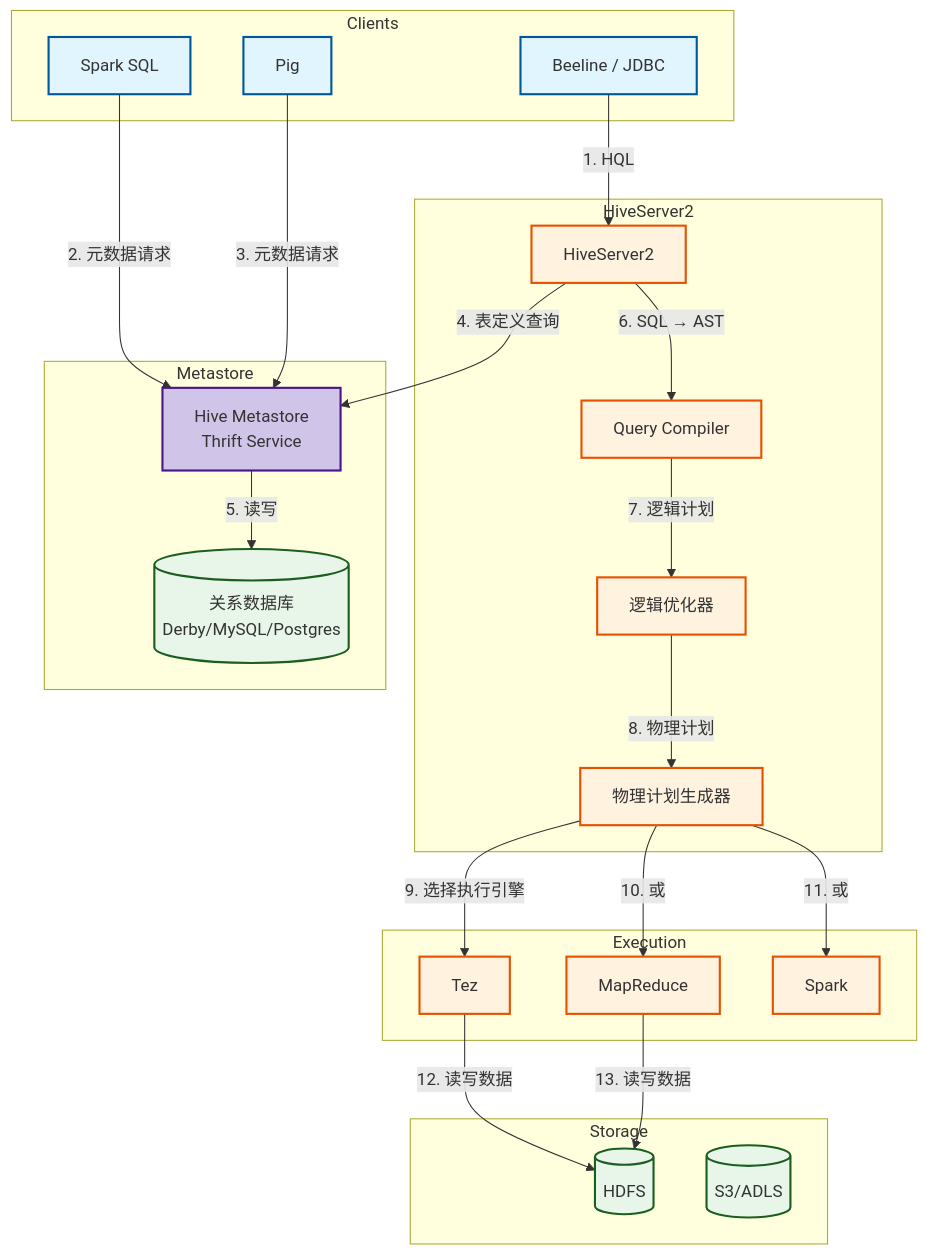
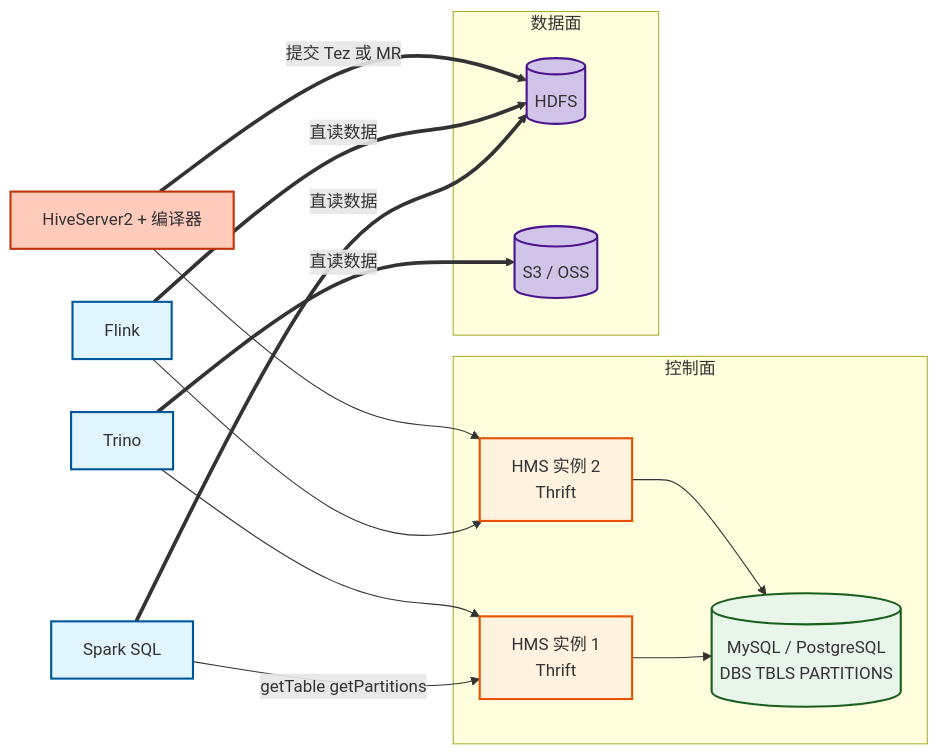
One commit to hpliStartAgain/my-brain changed the first of 6 diagrams in content/大数据/读书笔记-大数据概览/05 Apache Hive：元数据中枢 HMS 与查询编译全流程.md. Above: the diagram before and after it, drawn with Mermaid. The commit also changed other lines of this file and 259 other files, not shown here.

````diff
--- a/content/大数据/读书笔记-大数据概览/05 Apache Hive：元数据中枢 HMS 与查询编译全流程.md
+++ b/content/大数据/读书笔记-大数据概览/05 Apache Hive：元数据中枢 HMS 与查询编译全流程.md
@@ -24,54 +44,36 @@
 ```mermaid
-graph TD
-    classDef client fill:#e1f5fe,stroke:#01579b,stroke-width:2px;
-    classDef core fill:#fff3e0,stroke:#e65100,stroke-width:2px;
-    classDef store fill:#e8f5e9,stroke:#1b5e20,stroke-width:2px;
-    classDef infra fill:#d1c4e9,stroke:#4a148c,stroke-width:2px;
+%%{init: {'theme': 'dracula'}}%%
+graph LR
+    classDef engine fill:#e1f5fe,stroke:#01579b,stroke-width:2px;
+    classDef hms fill:#fff3e0,stroke:#e65100,stroke-width:2px;
+    classDef db fill:#e8f5e9,stroke:#1b5e20,stroke-width:2px;
+    classDef store fill:#d1c4e9,stroke:#4a148c,stroke-width:2px;
+    classDef hive fill:#ffccbc,stroke:#bf360c,stroke-width:2px;
 
-    subgraph Clients
-        Beeline[Beeline / JDBC]:::client
-        Spark[Spark SQL]:::client
-        Pig[Pig]:::client
+    SP[Spark SQL]:::engine
+    TR[Trino]:::engine
+    FL[Flink]:::engine
+    HS[HiveServer2 + 编译器]:::hive
+
+    subgraph 控制面
+        HMS1[HMS 实例 1<br/>Thrift]:::hms
+        HMS2[HMS 实例 2<br/>Thrift]:::hms
+        RDB[(MySQL / PostgreSQL<br/>DBS TBLS PARTITIONS)]:::db
     end
 
-    subgraph HiveServer2
-        HS2[HiveServer2]:::core
-        Compiler[Query Compiler]:::core
-        Optimizer[逻辑优化器]:::core
-        PlanGen[物理计划生成器]:::core
+    subgraph 数据面
+        HDFS[(HDFS)]:::store
+        OBJ[(S3 / OSS)]:::store
     end
 
-    subgraph Metastore
-        HMS[Hive Metastore<br/>Thrift Service]:::infra
-        RDB[(关系数据库<br/>Derby/MySQL/Postgres)]:::store
-    end
-
-    subgraph Execution
-        Tez[Tez]:::core
-        MR[MapReduce]:::core
-        SparkEx[Spark]:::core
-    end
-
-    subgraph Storage
-        HDFS[(HDFS)]:::store
-        S3[(S3/ADLS)]:::store
-    end
-
-    Beeline -->|1. HQL| HS2
-    Spark -->|2. 元数据请求| HMS
-    Pig -->|3. 元数据请求| HMS
-    
-    HS2 -->|4. 表定义查询| HMS
-    HMS -->|5. 读写| RDB
-    
-    HS2 -->|6. SQL → AST| Compiler
-    Compiler -->|7. 逻辑计划| Optimizer
-    Optimizer -->|8. 物理计划| PlanGen
-    
-    PlanGen -->|9. 选择执行引擎| Tez
-    PlanGen -->|10. 或| MR
-    PlanGen -->|11. 或| SparkEx
-    
-    Tez -->|12. 读写数据| HDFS
-    MR -->|13. 读写数据| HDFS
+    SP -->|getTable getPartitions| HMS1
+    TR --> HMS1
+    FL --> HMS2
+    HS --> HMS2
+    HMS1 --> RDB
+    HMS2 --> RDB
+    SP ==>|直读数据| HDFS
+    TR ==>|直读数据| OBJ
+    FL ==>|直读数据| HDFS
+    HS ==>|提交 Tez 或 MR| HDFS
 ```
````
